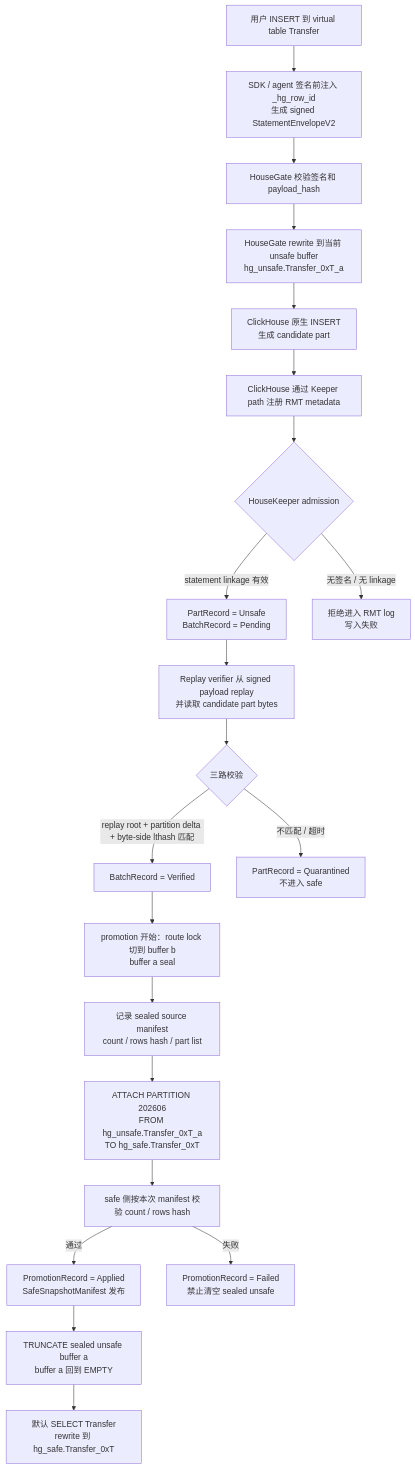
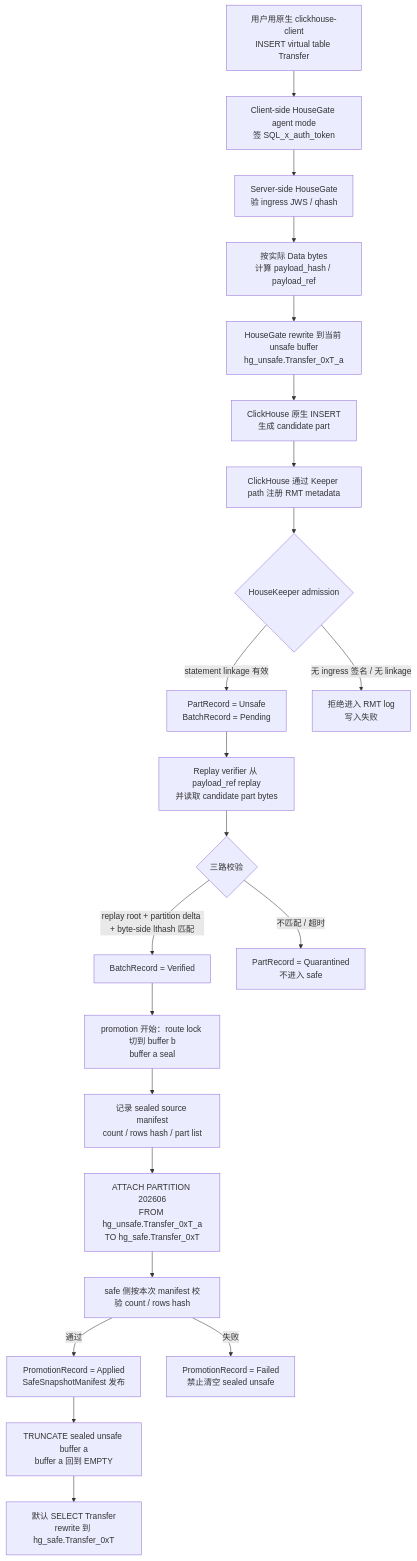
The fourth of 4 diagrams in docs/superpowers/specs/2026-06-25-housekeeper-storage-integrity-overall-design.zh-CN.md (housegate/housegate), drawn with Mermaid before and after one commit. The commit also changed other lines of this file and 5 other files, not shown here.

````diff
--- a/docs/superpowers/specs/2026-06-25-housekeeper-storage-integrity-overall-design.zh-CN.md
+++ b/docs/superpowers/specs/2026-06-25-housekeeper-storage-integrity-overall-design.zh-CN.md
@@ -544,23 +564,24 @@
 ```mermaid
 flowchart TD
-  A["用户 INSERT 到 virtual table Transfer"] --> B["SDK / agent 签名前注入 _hg_row_id<br/>生成 signed StatementEnvelopeV2"]
-  B --> C["HouseGate 校验签名和 payload_hash"]
-  C --> D["HouseGate rewrite 到当前 unsafe buffer<br/>hg_unsafe.Transfer_0xT_a"]
+  A["用户用原生 clickhouse-client<br/>INSERT virtual table Transfer"] --> B["Client-side HouseGate agent mode<br/>签 SQL_x_auth_token"]
+  B --> C["Server-side HouseGate<br/>验 ingress JWS / qhash"]
+  C --> C2["按实际 Data bytes<br/>计算 payload_hash / payload_ref"]
+  C2 --> D["HouseGate rewrite 到当前 unsafe buffer<br/>hg_unsafe.Transfer_0xT_a"]
   D --> E["ClickHouse 原生 INSERT<br/>生成 candidate part"]
   E --> F["ClickHouse 通过 Keeper path 注册 RMT metadata"]
   F --> G{"HouseKeeper admission"}
   G -- "statement linkage 有效" --> H["PartRecord = Unsafe<br/>BatchRecord = Pending"]
-  G -- "无签名 / 无 linkage" --> X["拒绝进入 RMT log<br/>写入失败"]
-  H --> I["Replay verifier 从 signed payload replay<br/>并读取 candidate part bytes"]
+  G -- "无 ingress 签名 / 无 linkage" --> X["拒绝进入 RMT log<br/>写入失败"]
+  H --> I["Replay verifier 从 payload_ref replay<br/>并读取 candidate part bytes"]
   I --> J{"三路校验"}
   J -- "replay root + partition delta + byte-side lthash 匹配" --> K["BatchRecord = Verified"]
   J -- "不匹配 / 超时" --> Y["PartRecord = Quarantined<br/>不进入 safe"]
   K --> L["promotion 开始：route lock 切到 buffer b<br/>buffer a seal"]
   L --> M["记录 sealed source manifest<br/>count / rows hash / part list"]
   M --> N["ATTACH PARTITION 202606<br/>FROM hg_unsafe.Transfer_0xT_a<br/>TO hg_safe.Transfer_0xT"]
   N --> O["safe 侧按本次 manifest 校验 count / rows hash"]
   O -- "通过" --> P["PromotionRecord = Applied<br/>SafeSnapshotManifest 发布"]
   O -- "失败" --> Z["PromotionRecord = Failed<br/>禁止清空 sealed unsafe"]
   P --> Q["TRUNCATE sealed unsafe buffer a<br/>buffer a 回到 EMPTY"]
   Q --> R["默认 SELECT Transfer<br/>rewrite 到 hg_safe.Transfer_0xT"]
 ```
````
